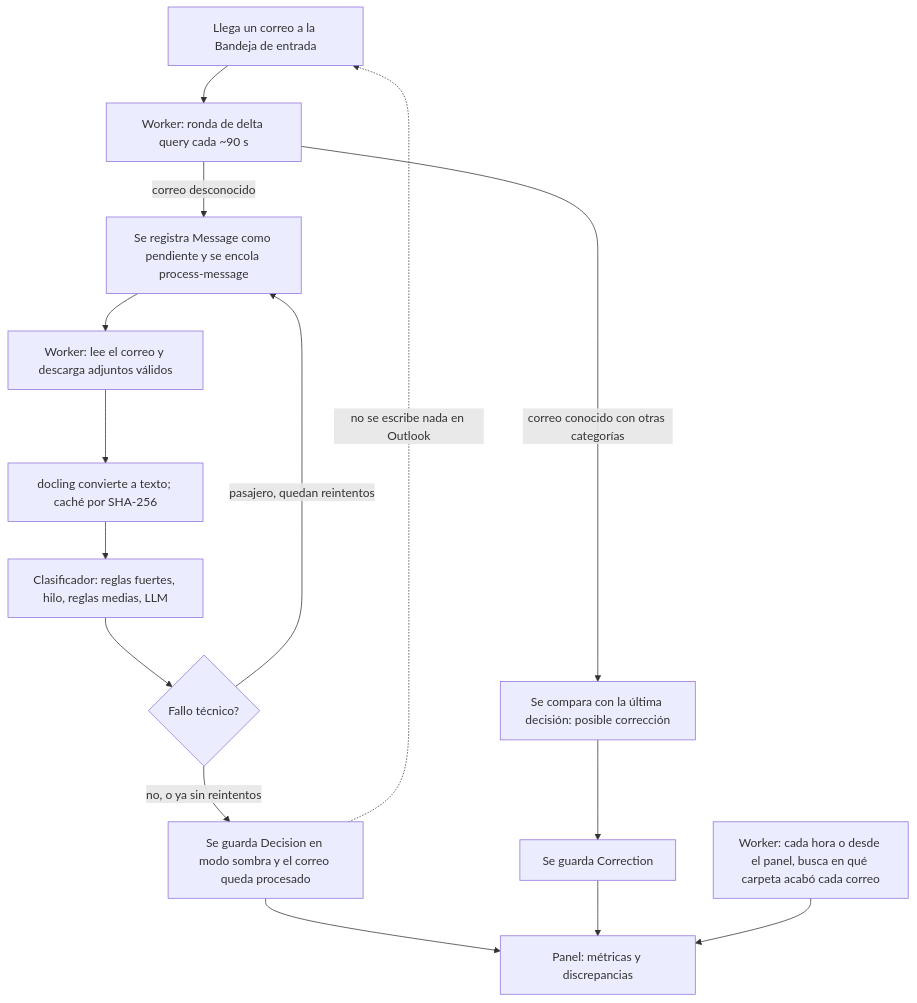
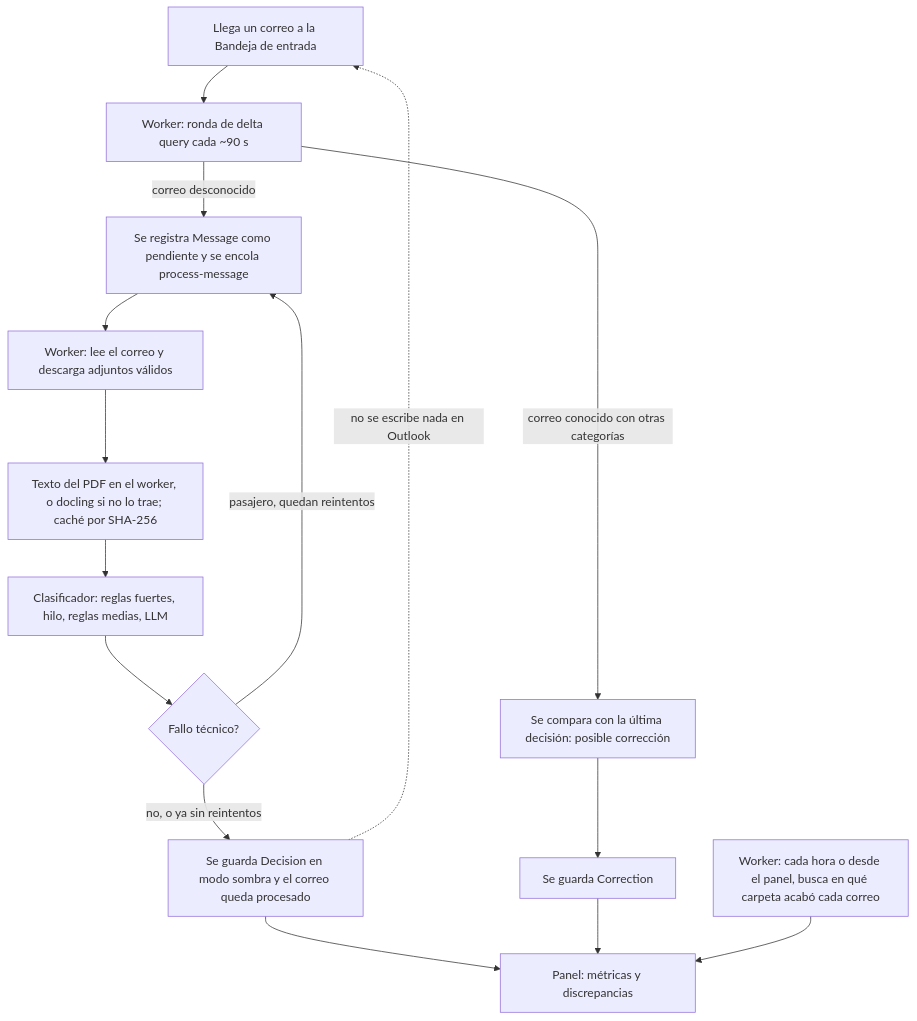
The diagram in docs/arquitectura.md (gcentegit/outlook-org), drawn with Mermaid before and after one commit. The commit also changed other lines of this file and 15 other files, not shown here.

Commit message:
feat(worker): ⚡ el texto de los PDF se lee sin docling (#72)

````diff
--- a/docs/arquitectura.md
+++ b/docs/arquitectura.md
@@ -27,17 +27,17 @@
 ```mermaid
 flowchart TD
     A[Llega un correo a la Bandeja de entrada] --> B[Worker: ronda de delta query cada ~90 s]
     B -->|correo desconocido| C[Se registra Message como pendiente y se encola process-message]
     B -->|correo conocido con otras categorías| K[Se compara con la última decisión: posible corrección]
     C --> D[Worker: lee el correo y descarga adjuntos válidos]
-    D --> E[docling convierte a texto; caché por SHA-256]
+    D --> E[Texto del PDF en el worker, o docling si no lo trae; caché por SHA-256]
     E --> F[Clasificador: reglas fuertes, hilo, reglas medias, LLM]
     F --> G{Fallo técnico?}
     G -->|pasajero, quedan reintentos| C
     G -->|no, o ya sin reintentos| H[Se guarda Decision en modo sombra y el correo queda procesado]
     H --> I[Panel: métricas y discrepancias]
     K --> J[Se guarda Correction]
     J --> I
     L[Worker: cada hora o desde el panel, busca en qué carpeta acabó cada correo] --> I
     H -. no se escribe nada en Outlook .-> A
 ```
````
